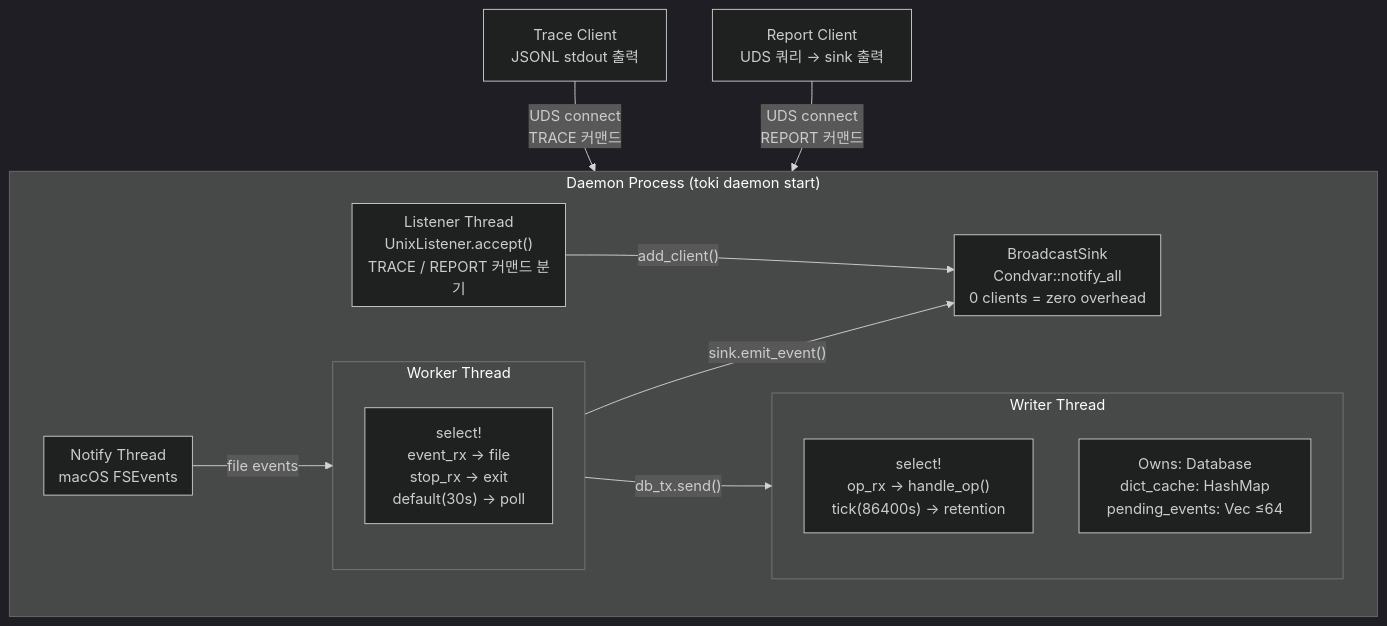
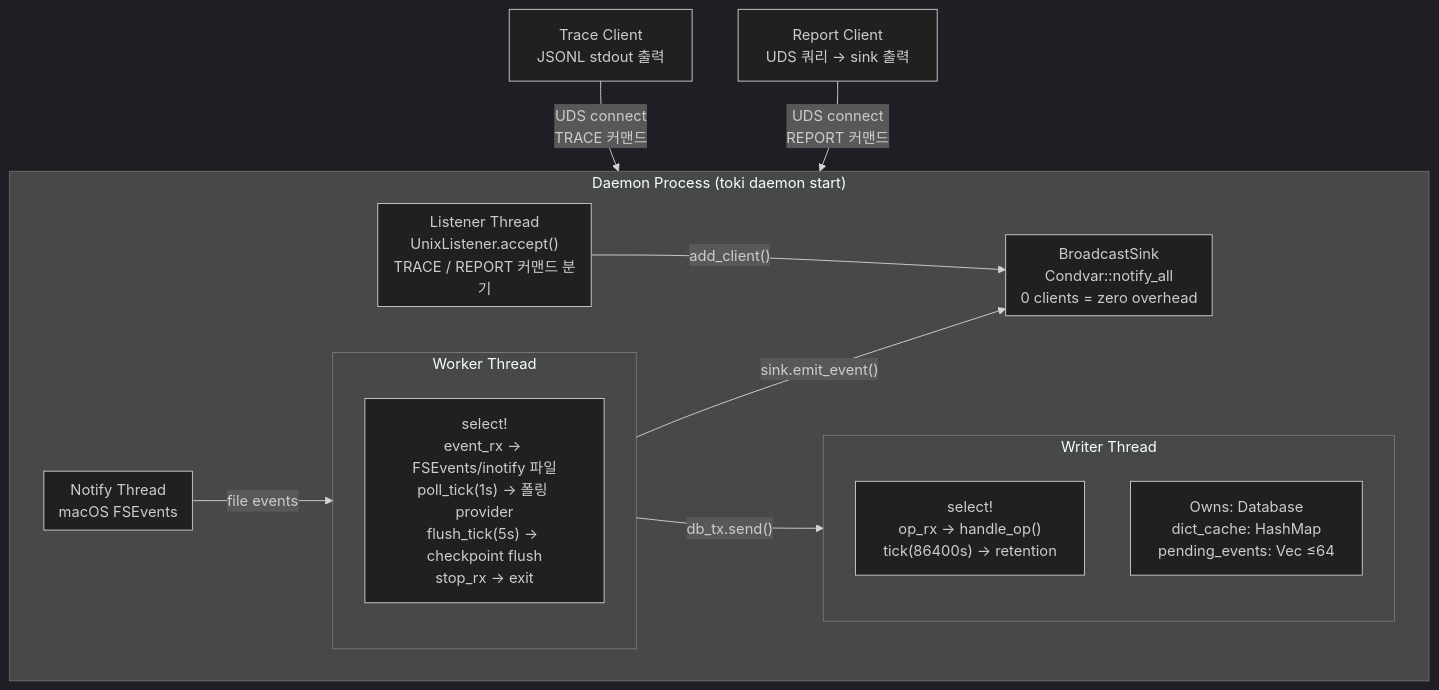
Before and after one commit to korjwl1/toki: the diagram in docs/DESIGN.ko.md, drawn with Mermaid (dark theme). The commit also changed other lines of this file and 7 other files, not shown here.

````diff
--- a/docs/DESIGN.ko.md
+++ b/docs/DESIGN.ko.md
@@ -12,30 +12,30 @@
 ```mermaid
 graph TD
     subgraph Daemon["Daemon Process (toki daemon start)"]
         subgraph Worker["Worker Thread"]
-            W_select["select!<br/>event_rx → file<br/>stop_rx → exit<br/>default(30s) → poll"]
+            W_select["select!<br/>event_rx → FSEvents/inotify 파일<br/>poll_tick(1s) → 폴링 provider<br/>flush_tick(5s) → checkpoint flush<br/>stop_rx → exit"]
         end
 
         subgraph Writer["Writer Thread"]
             Wr_select["select!<br/>op_rx → handle_op()<br/>tick(86400s) → retention"]
             Wr_db["Owns: Database<br/>dict_cache: HashMap<br/>pending_events: Vec ≤64"]
         end
 
         subgraph Notify["Notify Thread<br/>macOS FSEvents"]
         end
 
         subgraph Broadcast["BroadcastSink<br/>Condvar::notify_all<br/>0 clients = zero overhead"]
         end
 
         subgraph Listener["Listener Thread<br/>UnixListener.accept()<br/>TRACE / REPORT 커맨드 분기"]
         end
     end
 
     Notify -->|"file events"| Worker
     Worker -->|"db_tx.send()"| Writer
     Worker -->|"sink.emit_event()"| Broadcast
     Listener -->|"add_client()"| Broadcast
 
     TraceClient["Trace Client<br/>JSONL stdout 출력"] -->|"UDS connect<br/>TRACE 커맨드"| Daemon
     ReportClient["Report Client<br/>UDS 쿼리 → sink 출력"] -->|"UDS connect<br/>REPORT 커맨드"| Daemon
 ```
````
